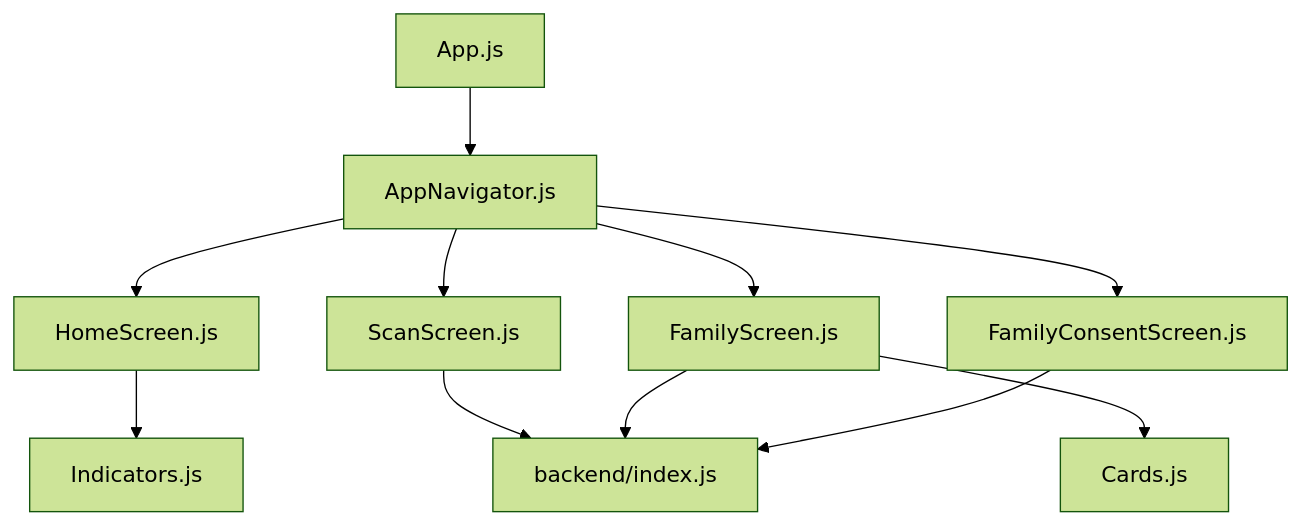
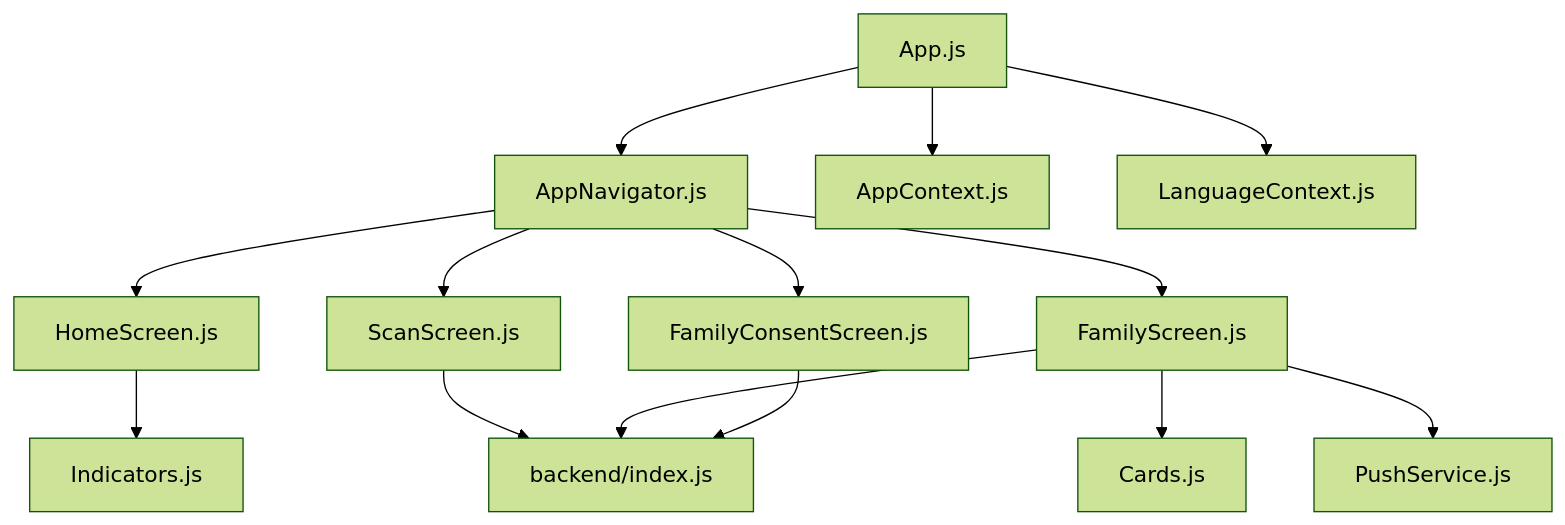
One commit to cyberNoman/Safe-Pakistan changed the first of 3 diagrams in .qoder/repowiki/en/content/Core Features/Family Protection System/Family Protection System.md. Above: the diagram before and after it, drawn with Mermaid (forest theme). The commit also changed other lines of this file and 52 other files, not shown here.

````diff
--- a/.qoder/repowiki/en/content/Core Features/Family Protection System/Family Protection System.md
+++ b/.qoder/repowiki/en/content/Core Features/Family Protection System/Family Protection System.md
@@ -48,13 +60,16 @@
 ```mermaid
 graph TB
 A["App.js"] --> B["AppNavigator.js"]
 B --> C["HomeScreen.js"]
 B --> D["ScanScreen.js"]
 B --> E["FamilyScreen.js"]
 B --> F["FamilyConsentScreen.js"]
 E --> G["Cards.js"]
 C --> H["Indicators.js"]
 D --> I["backend/index.js"]
 E --> I
 F --> I
+A --> J["AppContext.js"]
+A --> K["LanguageContext.js"]
+E --> L["PushService.js"]
 ```
````
